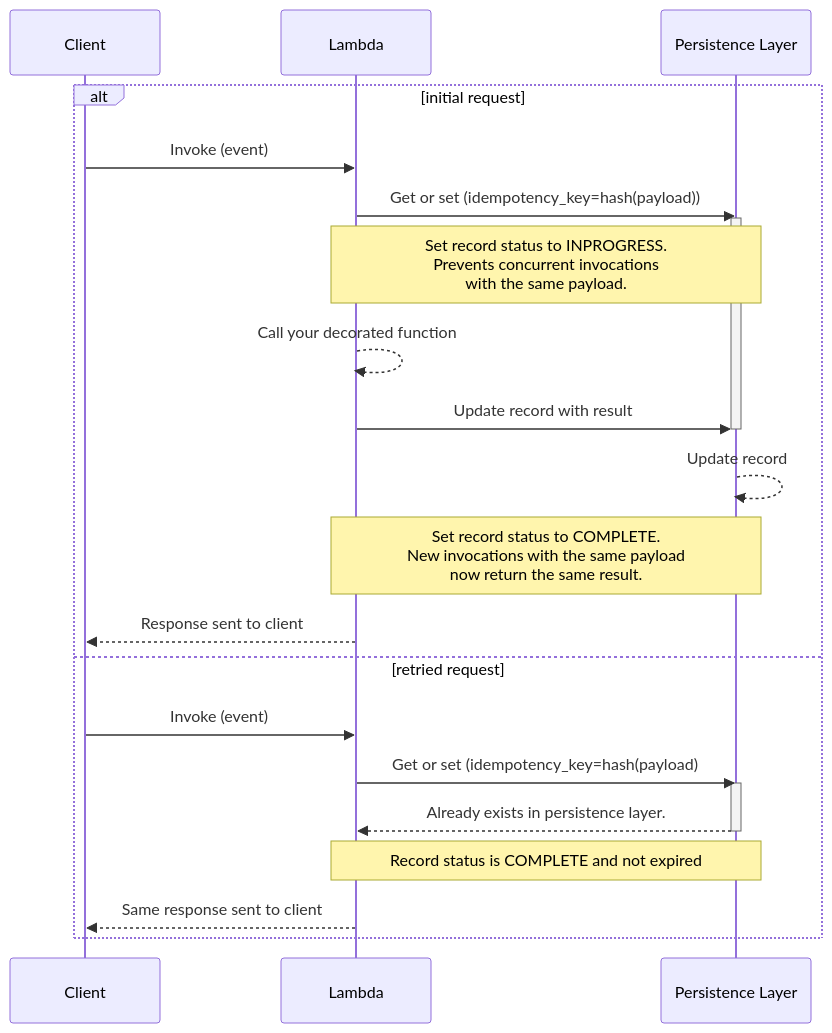
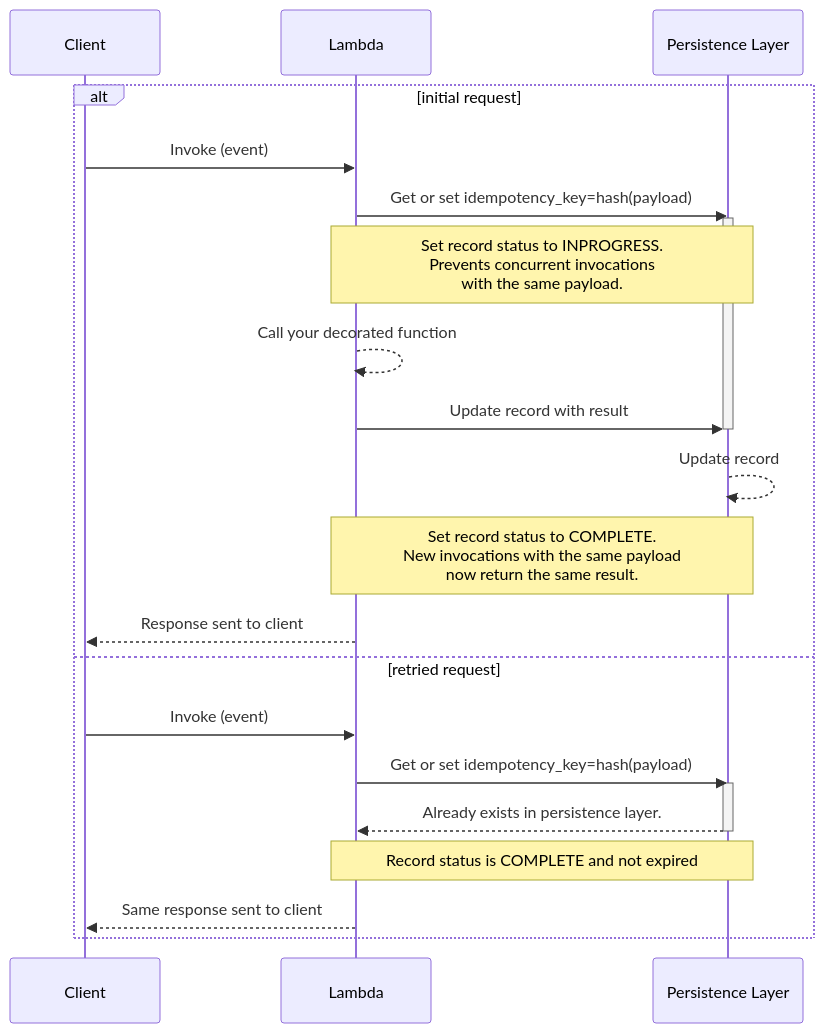
The first of 4 diagrams in docs/utilities/idempotency.md (aws-powertools/powertools-lambda-python), drawn with Mermaid before and after one commit. The commit also changed other lines of this file, not shown here.

Commit message:
docs: new sequence diag with cache

````diff
--- a/docs/utilities/idempotency.md
+++ b/docs/utilities/idempotency.md
@@ -383,26 +383,26 @@
 ```mermaid
 sequenceDiagram
     participant Client
     participant Lambda
     participant Persistence Layer
     alt initial request
         Client->>Lambda: Invoke (event)
-        Lambda->>Persistence Layer: Get or set (idempotency_key=hash(payload))
+        Lambda->>Persistence Layer: Get or set idempotency_key=hash(payload)
         activate Persistence Layer
         Note over Lambda,Persistence Layer: Set record status to INPROGRESS. <br> Prevents concurrent invocations <br> with the same payload.
         Lambda-->>Lambda: Call your decorated function
         Lambda->>Persistence Layer: Update record with result
         deactivate Persistence Layer
         Persistence Layer-->>Persistence Layer: Update record
         Note over Lambda,Persistence Layer: Set record status to COMPLETE. <br> New invocations with the same payload <br> now return the same result.
         Lambda-->>Client: Response sent to client
     else retried request
         Client->>Lambda: Invoke (event)
-        Lambda->>Persistence Layer: Get or set (idempotency_key=hash(payload)
+        Lambda->>Persistence Layer: Get or set idempotency_key=hash(payload)
         activate Persistence Layer
         Persistence Layer-->>Lambda: Already exists in persistence layer.
         deactivate Persistence Layer
         Note over Lambda,Persistence Layer: Record status is COMPLETE and not expired
         Lambda-->>Client: Same response sent to client
     end
 ```
````
